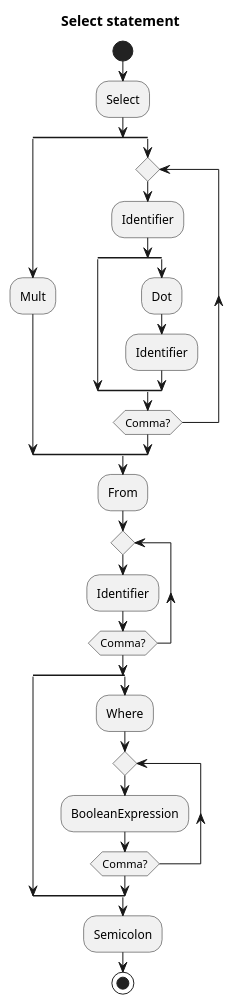
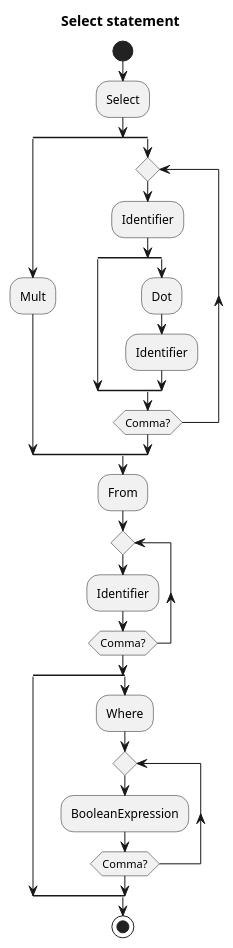
The third of 8 diagrams in dbms/query_lang_compiler_notes.md (lichterberci/rust_learning), drawn with PlantUML before and after one commit. The commit also changed other lines of this file, not shown here.

````diff
--- a/dbms/query_lang_compiler_notes.md
+++ b/dbms/query_lang_compiler_notes.md
@@ -45,32 +74,31 @@
 ```plantuml
 @startuml Select statement
 title Select statement
 start
 :Select;
 split
 :Mult;
 split again
 repeat
 :Identifier;
 split
 split again
 :Dot;
 :Identifier;
 end split
 repeat while (Comma?)
 end split
 :From;
 repeat
 :Identifier;
 repeat while (Comma?)
 split
 split again
 :Where;
 repeat
 :BooleanExpression;
 repeat while (Comma?)
 end split
-:Semicolon;
 stop
 @enduml
 ```
````
